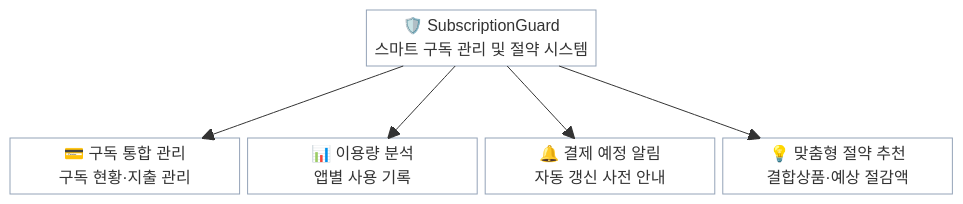
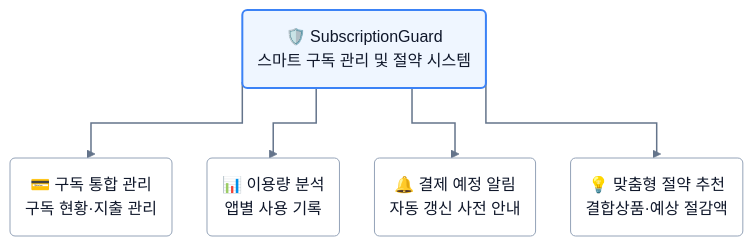
Before and after one commit to EunSik312/HAEDAL: the first of 2 diagrams in README.md, drawn with Mermaid.

````diff
--- a/README.md
+++ b/README.md
@@ -1,19 +1,15 @@
 ```mermaid
-block-beta
-    columns 8
-    space:3 SG["🛡️ SubscriptionGuard<br/>스마트 구독 관리 및 절약 시스템"]:2 space:3
-    space:8
-    SUB["💳 구독 통합 관리<br/>구독 현황·지출 관리"]:2
-    USAGE["📊 이용량 분석<br/>앱별 사용 기록"]:2
-    ALERT["🔔 결제 예정 알림<br/>자동 갱신 사전 안내"]:2
-    SAVE["💡 맞춤형 절약 추천<br/>결합상품·예상 절감액"]:2
+%%{init: {"flowchart": {"curve": "stepBefore", "nodeSpacing": 35, "rankSpacing": 70, "wrappingWidth": 400}}}%%
+flowchart TB
+    SG("🛡️ SubscriptionGuard<br/>스마트 구독 관리 및 절약 시스템")
 
-    SG --> SUB
-    SG --> USAGE
-    SG --> ALERT
-    SG --> SAVE
+    SG --> SUB("💳 구독 통합 관리<br/>구독 현황·지출 관리")
+    SG --> USAGE("📊 이용량 분석<br/>앱별 사용 기록")
+    SG --> ALERT("🔔 결제 예정 알림<br/>자동 갱신 사전 안내")
+    SG --> SAVE("💡 맞춤형 절약 추천<br/>결합상품·예상 절감액")
 
     classDef default fill:#ffffff,stroke:#94a3b8,color:#0f172a,stroke-width:1px;
     classDef main fill:#eff6ff,stroke:#3b82f6,color:#0f172a,stroke-width:2px;
     class SG main;
+    linkStyle default stroke:#64748b,stroke-width:1.5px;
 ```
````
